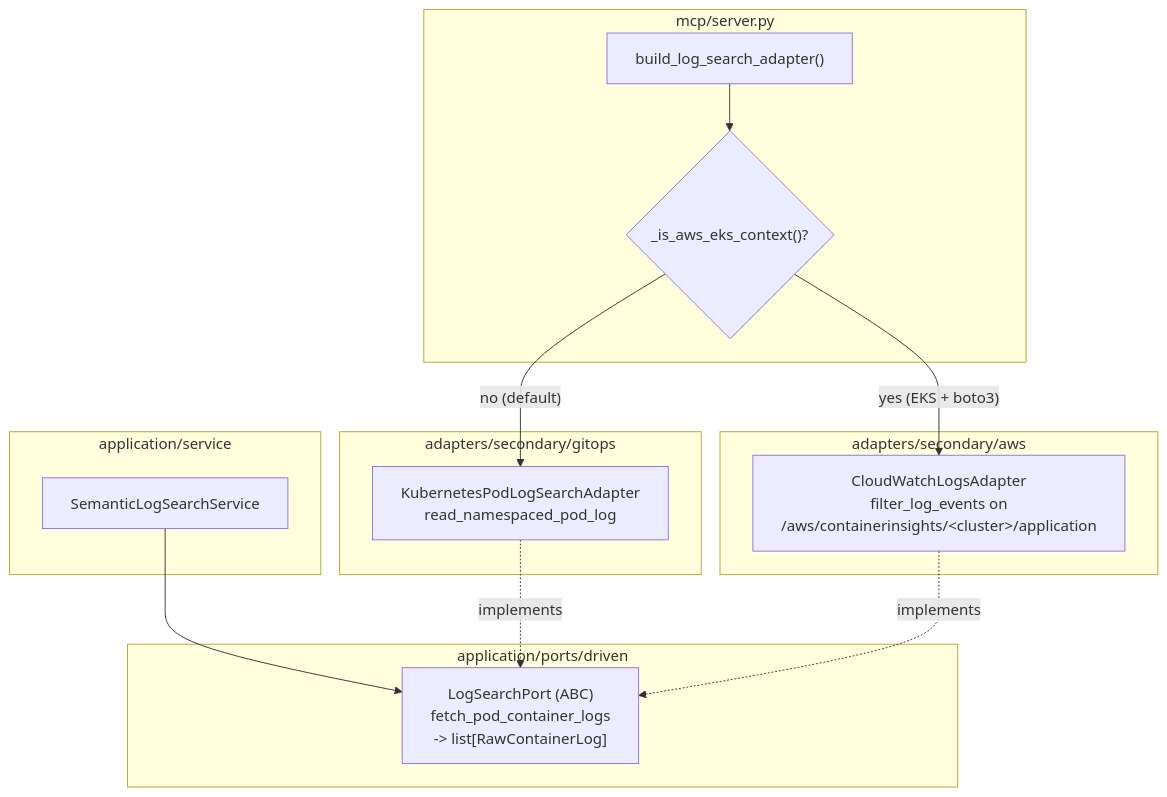
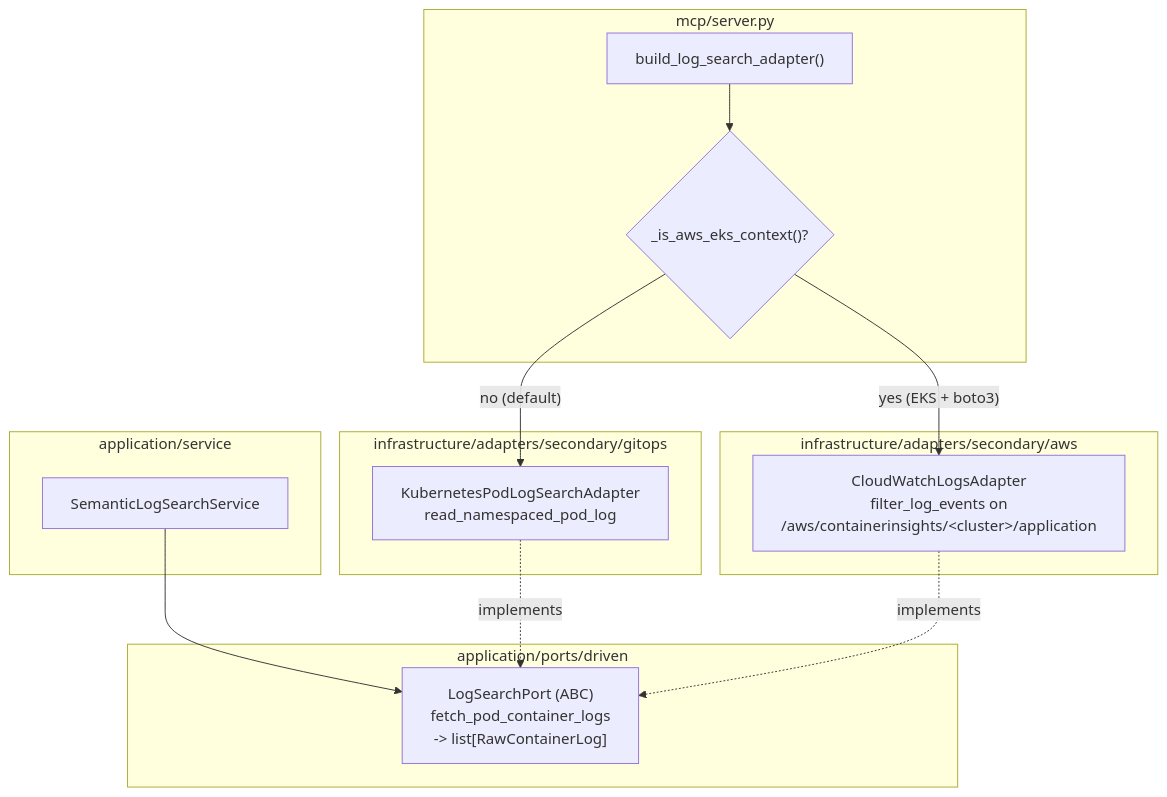
One commit to hexa-tools/hexawyn changed the diagram in docs/architecture/diagrams/components/aws-cloudwatch-logs-provider-aware.md. Above: the diagram before and after it, drawn with Mermaid. The commit also changed other lines of this file and 7533 other files, not shown here.

````diff
--- a/docs/architecture/diagrams/components/aws-cloudwatch-logs-provider-aware.md
+++ b/docs/architecture/diagrams/components/aws-cloudwatch-logs-provider-aware.md
@@ -8,30 +8,30 @@
 ```mermaid
 flowchart TB
     subgraph Service["application/service"]
         SLS["SemanticLogSearchService"]
     end
 
     subgraph Port["application/ports/driven"]
         LSP["LogSearchPort (ABC)<br/>fetch_pod_container_logs<br/>-> list[RawContainerLog]"]
     end
 
     subgraph Wiring["mcp/server.py"]
         BUILD["build_log_search_adapter()"]
         ISAWS{"_is_aws_eks_context()?"}
         BUILD --> ISAWS
     end
 
-    subgraph K8s["adapters/secondary/gitops"]
+    subgraph K8s["infrastructure/adapters/secondary/gitops"]
         KUBE["KubernetesPodLogSearchAdapter<br/>read_namespaced_pod_log"]
     end
 
-    subgraph AWS["adapters/secondary/aws"]
+    subgraph AWS["infrastructure/adapters/secondary/aws"]
         CWL["CloudWatchLogsAdapter<br/>filter_log_events on<br/>/aws/containerinsights/&lt;cluster&gt;/application"]
     end
 
     SLS --> LSP
     ISAWS -->|"no (default)"| KUBE
     ISAWS -->|"yes (EKS + boto3)"| CWL
     KUBE -.implements.-> LSP
     CWL -.implements.-> LSP
 ```
````
